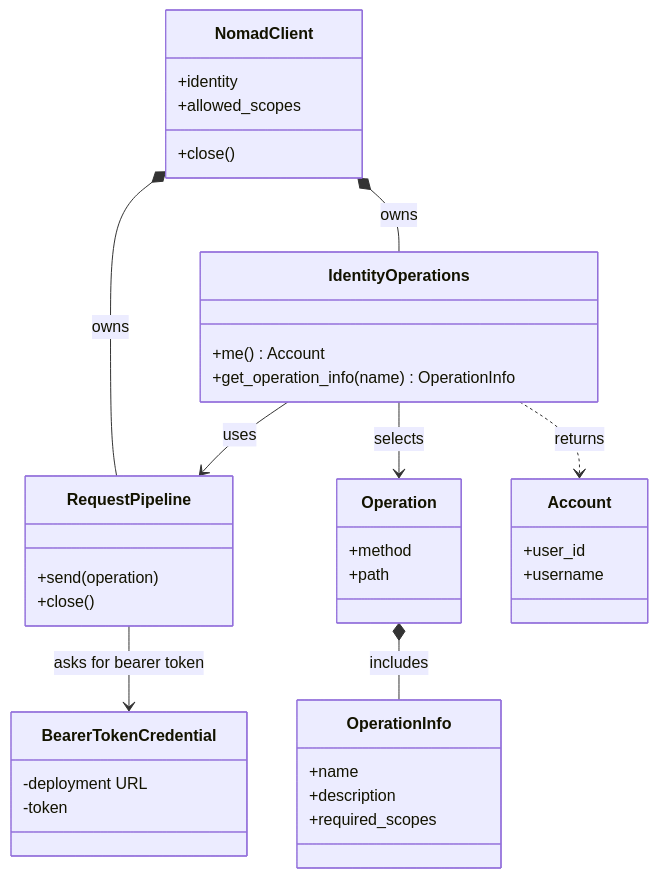
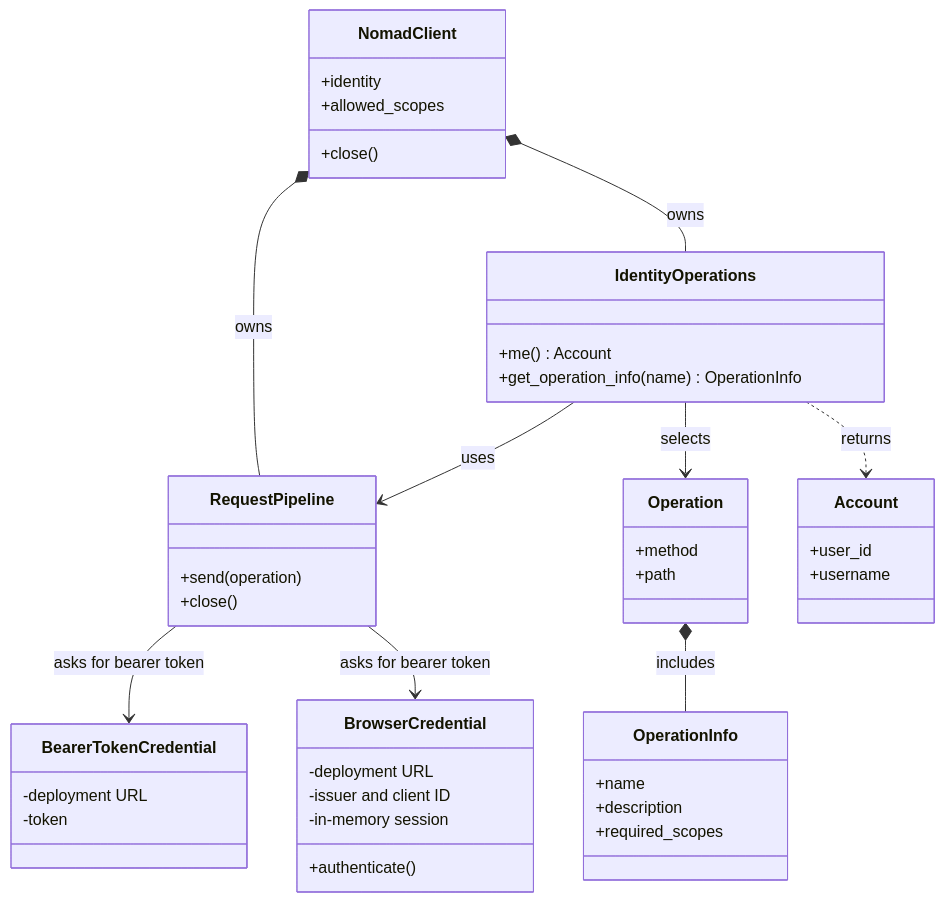
The first of 7 diagrams in docs/dev/identity/index.md (FAIRmat-NFDI/nomad-python-api), drawn with Mermaid before and after one commit. The commit also changed other lines of this file and 17 other files, not shown here.

````diff
--- a/docs/dev/identity/index.md
+++ b/docs/dev/identity/index.md
@@ -7,40 +7,47 @@
 ```mermaid
 classDiagram
     class NomadClient {
         +identity
         +allowed_scopes
         +close()
     }
     class IdentityOperations {
         +me() Account
         +get_operation_info(name) OperationInfo
     }
     class RequestPipeline {
         +send(operation)
         +close()
     }
     class BearerTokenCredential {
         -deployment URL
         -token
     }
+    class BrowserCredential {
+        -deployment URL
+        -issuer and client ID
+        -in-memory session
+        +authenticate()
+    }
     class Operation {
         +method
         +path
     }
     class OperationInfo {
         +name
         +description
         +required_scopes
     }
     class Account {
         +user_id
         +username
     }
     NomadClient *-- IdentityOperations : owns
     NomadClient *-- RequestPipeline : owns
     IdentityOperations --> RequestPipeline : uses
     IdentityOperations --> Operation : selects
     RequestPipeline --> BearerTokenCredential : asks for bearer token
+    RequestPipeline --> BrowserCredential : asks for bearer token
     Operation *-- OperationInfo : includes
     IdentityOperations ..> Account : returns
 ```
````
